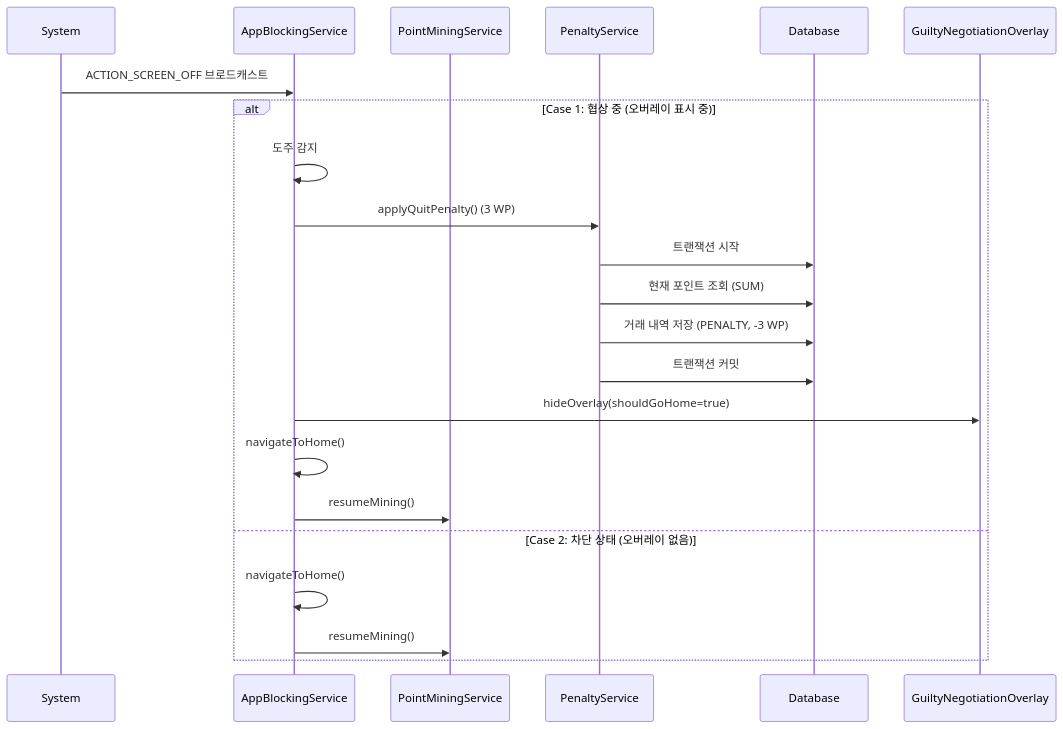
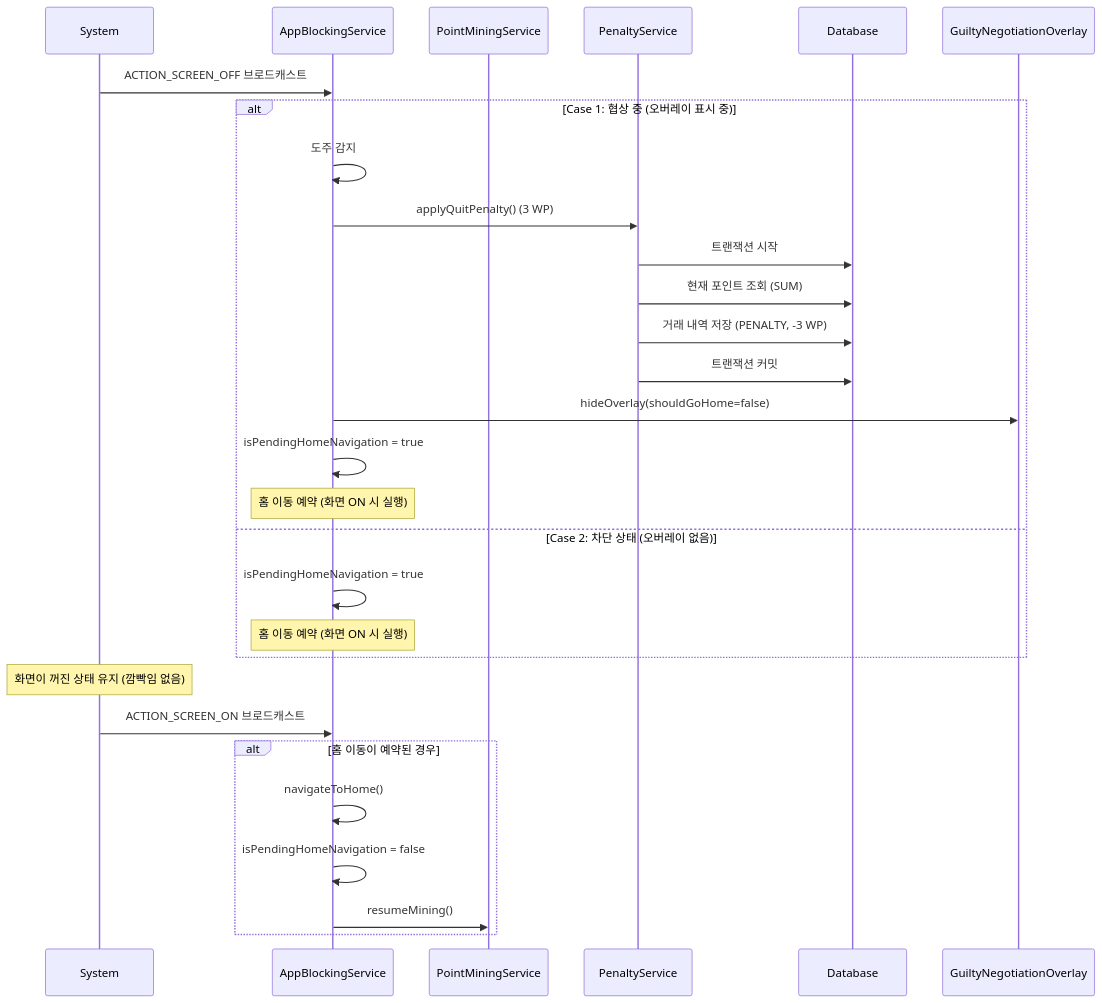
The fourth of 6 diagrams in ARCHITECTURE.md (KDG12054345/koko), drawn with Mermaid before and after one commit. The commit also changed other lines of this file and 14 other files, not shown here.

````diff
--- a/ARCHITECTURE.md
+++ b/ARCHITECTURE.md
@@ -317,26 +317,35 @@
 ```mermaid
 sequenceDiagram
     participant System
     participant AppBlockingService
     participant PointMiningService
     participant PenaltyService
     participant Database
     participant GuiltyNegotiationOverlay
 
     System->>AppBlockingService: ACTION_SCREEN_OFF 브로드캐스트
     
     alt Case 1: 협상 중 (오버레이 표시 중)
         AppBlockingService->>AppBlockingService: 도주 감지
         AppBlockingService->>PenaltyService: applyQuitPenalty() (3 WP)
         PenaltyService->>Database: 트랜잭션 시작
         PenaltyService->>Database: 현재 포인트 조회 (SUM)
         PenaltyService->>Database: 거래 내역 저장 (PENALTY, -3 WP)
         PenaltyService->>Database: 트랜잭션 커밋
-        AppBlockingService->>GuiltyNegotiationOverlay: hideOverlay(shouldGoHome=true)
+        AppBlockingService->>GuiltyNegotiationOverlay: hideOverlay(shouldGoHome=false)
+        AppBlockingService->>AppBlockingService: isPendingHomeNavigation = true
+        Note over AppBlockingService: 홈 이동 예약 (화면 ON 시 실행)
+    else Case 2: 차단 상태 (오버레이 없음)
+        AppBlockingService->>AppBlockingService: isPendingHomeNavigation = true
+        Note over AppBlockingService: 홈 이동 예약 (화면 ON 시 실행)
+    end
+    
+    Note over System: 화면이 꺼진 상태 유지 (깜빡임 없음)
+    
+    System->>AppBlockingService: ACTION_SCREEN_ON 브로드캐스트
+    alt 홈 이동이 예약된 경우
         AppBlockingService->>AppBlockingService: navigateToHome()
-        AppBlockingService->>PointMiningService: resumeMining()
-    else Case 2: 차단 상태 (오버레이 없음)
-        AppBlockingService->>AppBlockingService: navigateToHome()
+        AppBlockingService->>AppBlockingService: isPendingHomeNavigation = false
         AppBlockingService->>PointMiningService: resumeMining()
     end
 ```
````
